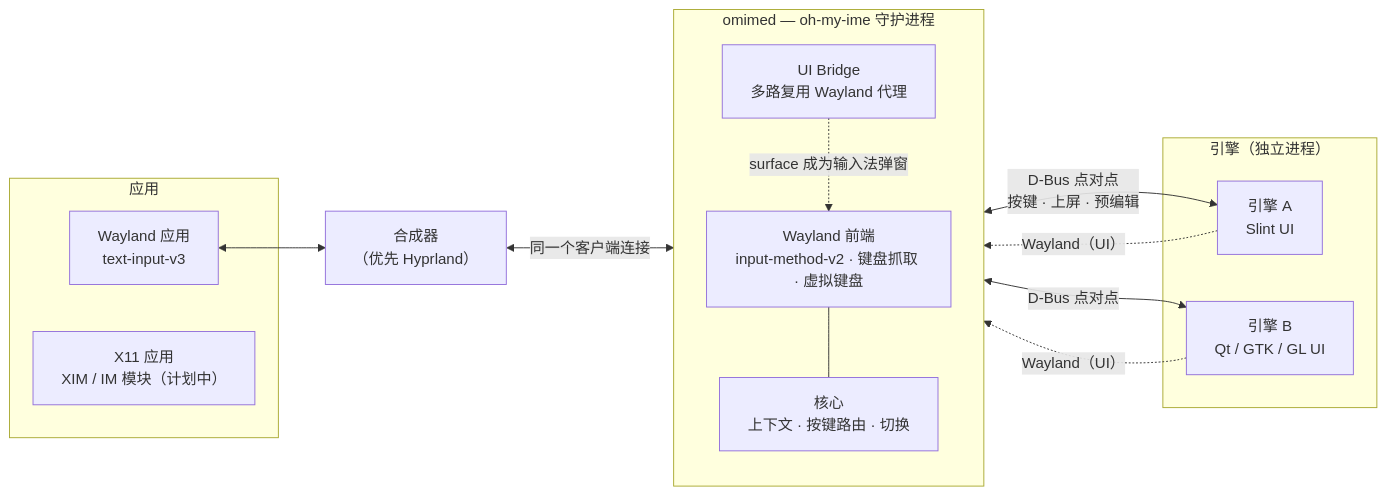
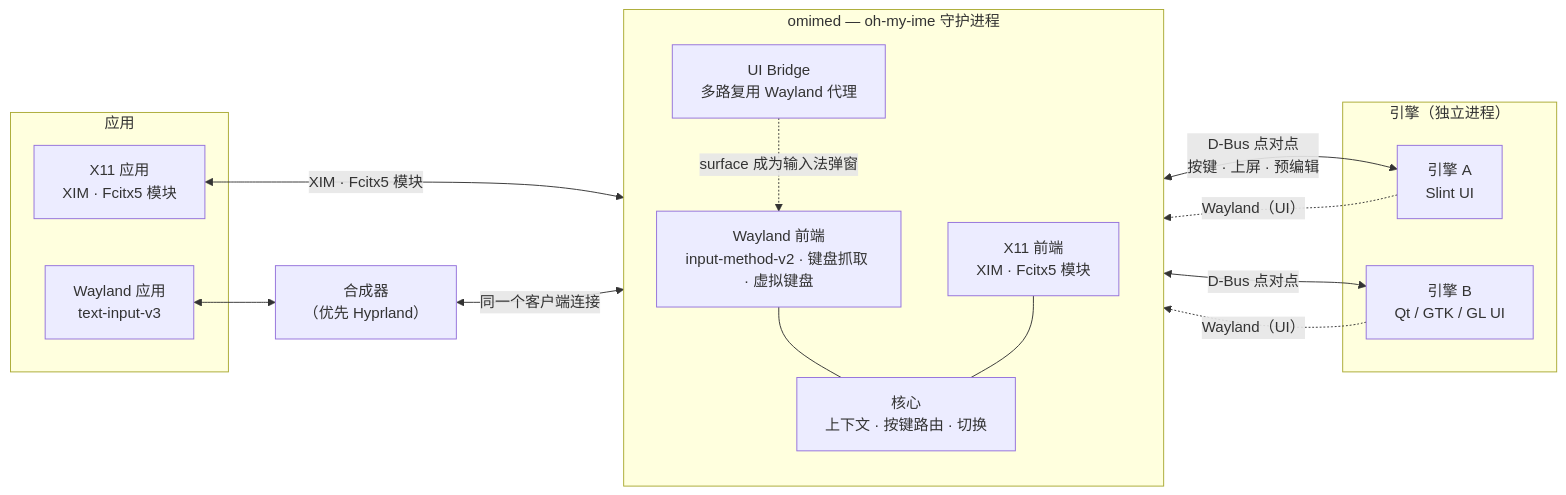
The diagram in README.zh-CN.md (Ign1x/oh-my-ime), drawn with Mermaid before and after one commit. The commit also changed other lines of this file and 7 other files, not shown here.

First line of the commit message:
docs: X11 applications through XIM and the Fcitx5 modules

````diff
--- a/README.zh-CN.md
+++ b/README.zh-CN.md
@@ -60,26 +60,29 @@
 ```mermaid
 flowchart LR
     subgraph Apps["应用"]
       A1["Wayland 应用<br/>text-input-v3"]
-      A2["X11 应用<br/>XIM / IM 模块（计划中）"]
+      A2["X11 应用<br/>XIM · Fcitx5 模块"]
     end
     C["合成器<br/>（优先 Hyprland）"]
     subgraph D["omimed — oh-my-ime 守护进程"]
       direction TB
       W["Wayland 前端<br/>input-method-v2 · 键盘抓取 · 虚拟键盘"]
+      X["X11 前端<br/>XIM · Fcitx5 模块"]
       R["核心<br/>上下文 · 按键路由 · 切换"]
       B["UI Bridge<br/>多路复用 Wayland 代理"]
     end
     subgraph E["引擎（独立进程）"]
       E1["引擎 A<br/>Slint UI"]
       E2["引擎 B<br/>Qt / GTK / GL UI"]
     end
     A1 <--> C
+    A2 <-->|"XIM · Fcitx5 模块"| X
     C <-->|"同一个客户端连接"| W
     W --- R
+    X --- R
     R <-->|"D-Bus 点对点<br/>按键 · 上屏 · 预编辑"| E1
     R <-->|"D-Bus 点对点"| E2
     E1 -.->|"Wayland（UI）"| B
     E2 -.->|"Wayland（UI）"| B
     B -.->|"surface 成为输入法弹窗"| W
 ```
````
